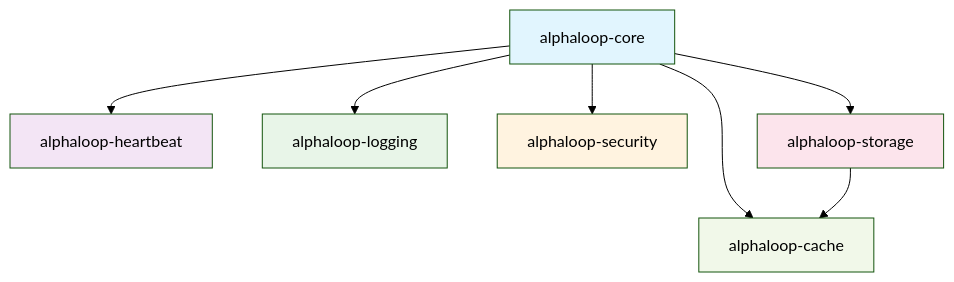
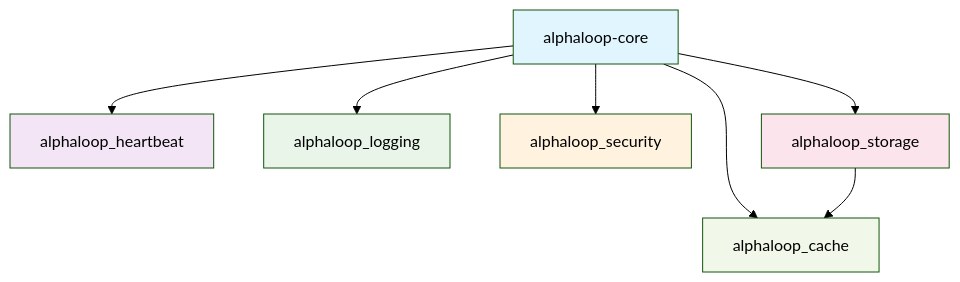
The diagram in src/infrastructure/README.md (alphaloopbot/alphaloop-core), drawn with Mermaid (forest theme) before and after one commit. The commit also changed other lines of this file, not shown here.

````diff
--- a/src/infrastructure/README.md
+++ b/src/infrastructure/README.md
@@ -17,17 +17,17 @@
 ```mermaid
 graph TD
-    A[alphaloop-core] --> B[alphaloop-heartbeat]
-    A --> C[alphaloop-logging]
-    A --> D[alphaloop-security]
-    A --> E[alphaloop-storage]
-    A --> F[alphaloop-cache]
+    A[alphaloop-core] --> B[alphaloop_heartbeat]
+    A --> C[alphaloop_logging]
+    A --> D[alphaloop_security]
+    A --> E[alphaloop_storage]
+    A --> F[alphaloop_cache]
 
-    E --> F[alphaloop-cache]
+    E --> F[alphaloop_cache]
 
     style A fill:#e1f5fe
     style B fill:#f3e5f5
     style C fill:#e8f5e8
     style D fill:#fff3e0
     style E fill:#fce4ec
     style F fill:#f1f8e9
 ```
````
